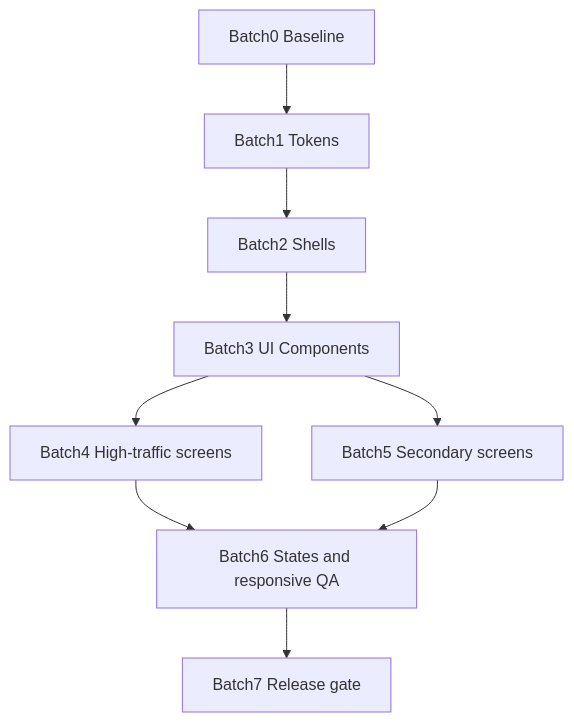
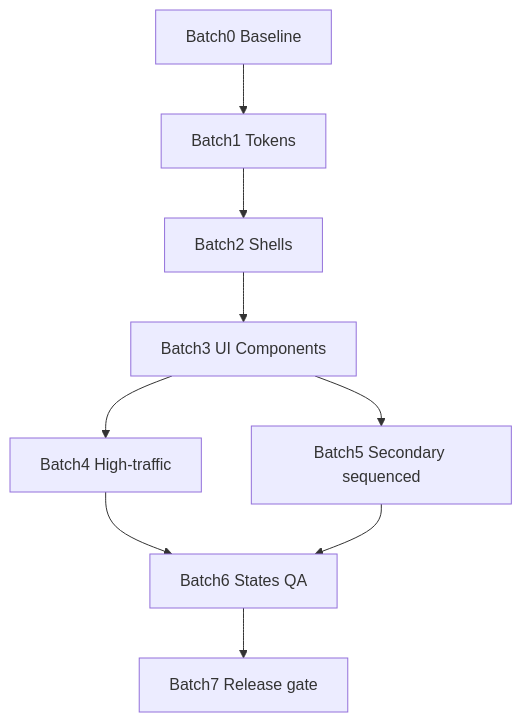
The diagram in figma-design-implementation-plan.md (1Touch-dev/HyerPathEnrichment), drawn with Mermaid before and after one commit. The commit also changed other lines of this file, not shown here.

````diff
--- a/figma-design-implementation-plan.md
+++ b/figma-design-implementation-plan.md
@@ -592,17 +670,17 @@
 ```mermaid
 flowchart TD
   b0[Batch0 Baseline]
   b1[Batch1 Tokens]
   b2[Batch2 Shells]
   b3[Batch3 UI Components]
-  b4[Batch4 High-traffic screens]
-  b5[Batch5 Secondary screens]
-  b6[Batch6 States and responsive QA]
+  b4[Batch4 High-traffic]
+  b5[Batch5 Secondary sequenced]
+  b6[Batch6 States QA]
   b7[Batch7 Release gate]
   b0 --> b1 --> b2 --> b3
   b3 --> b4
   b3 --> b5
   b4 --> b6
   b5 --> b6
   b6 --> b7
 ```
````
